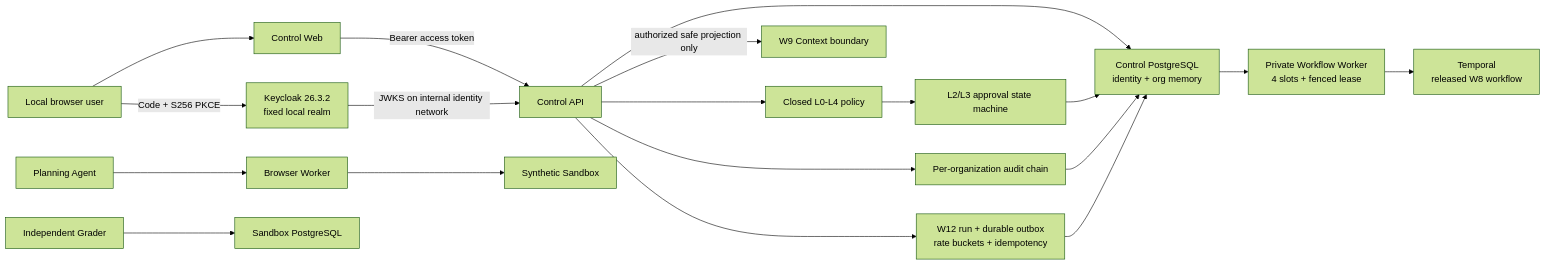
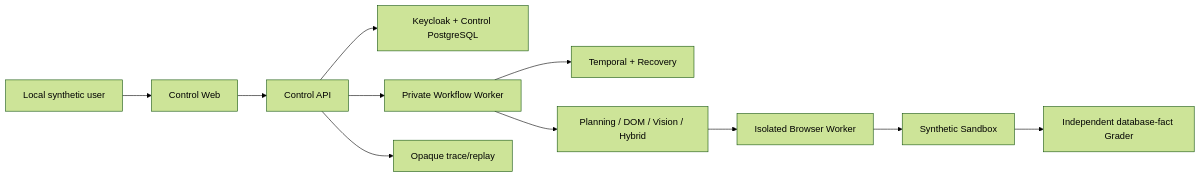
Before and after one commit to taka-wzx/flowpilot-arena: the diagram in README.md, drawn with Mermaid (forest theme). The commit also changed other lines of this file and 30 other files, not shown here.

```diff
--- a/README.md
+++ b/README.md
@@ -32,21 +25,13 @@
 ~~~mermaid
 flowchart LR
-    BrowserUser["Local browser user"] -->|"Code + S256 PKCE"| Keycloak["Keycloak 26.3.2\nfixed local realm"]
-    BrowserUser --> Web["Control Web"]
-    Web -->|"Bearer access token"| API["Control API"]
-    Keycloak -->|"JWKS on internal identity network"| API
-    API --> IdentityDB["Control PostgreSQL\nidentity + org memory"]
-    API --> Risk["Closed L0-L4 policy"]
-    Risk --> Approval["L2/L3 approval state machine"]
-    Approval --> IdentityDB
-    API --> Audit["Per-organization audit chain"]
-    Audit --> IdentityDB
-    API --> Run["W12 run + durable outbox\nrate buckets + idempotency"]
-    Run --> IdentityDB
-    IdentityDB --> Worker["Private Workflow Worker\n4 slots + fenced lease"]
-    Worker --> Temporal["Temporal\nreleased W8 workflow"]
-    API -->|"authorized safe projection only"| Context["W9 Context boundary"]
-    Planning["Planning Agent"] --> Browser["Browser Worker"]
-    Browser --> Sandbox["Synthetic Sandbox"]
-    Grader["Independent Grader"] --> SandboxDB["Sandbox PostgreSQL"]
+  U["Local synthetic user"] --> Web["Control Web"]
+  Web --> API["Control API"]
+  API --> ID["Keycloak + Control PostgreSQL"]
+  API --> WF["Private Workflow Worker"]
+  WF --> T["Temporal + Recovery"]
+  WF --> PA["Planning / DOM / Vision / Hybrid"]
+  PA --> BW["Isolated Browser Worker"]
+  BW --> SB["Synthetic Sandbox"]
+  SB --> G["Independent database-fact Grader"]
+  API --> TR["Opaque trace/replay"]
 ~~~
```
